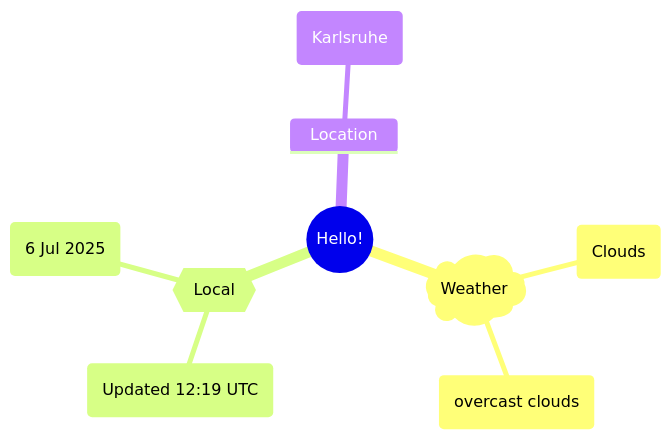
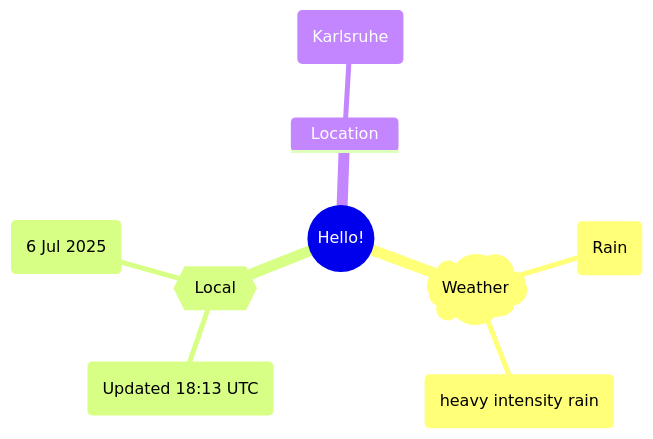
Before and after one commit to Xosrov/Xosrov: the first of 2 diagrams in README.md, drawn with Mermaid.

Commit message:
[bot] updated images

````diff
--- a/README.md
+++ b/README.md
@@ -3,12 +3,12 @@
 ```mermaid
 mindmap
   root((Hello!))
     )Weather(
-        (Clouds)
-        (overcast clouds)
+        (Rain)
+        (heavy intensity rain)
     {{Local}}
-        (Updated 12:19 UTC)
+        (Updated 18:13 UTC)
         (6 Jul 2025)
     Location
         (Karlsruhe)
 ```
````
